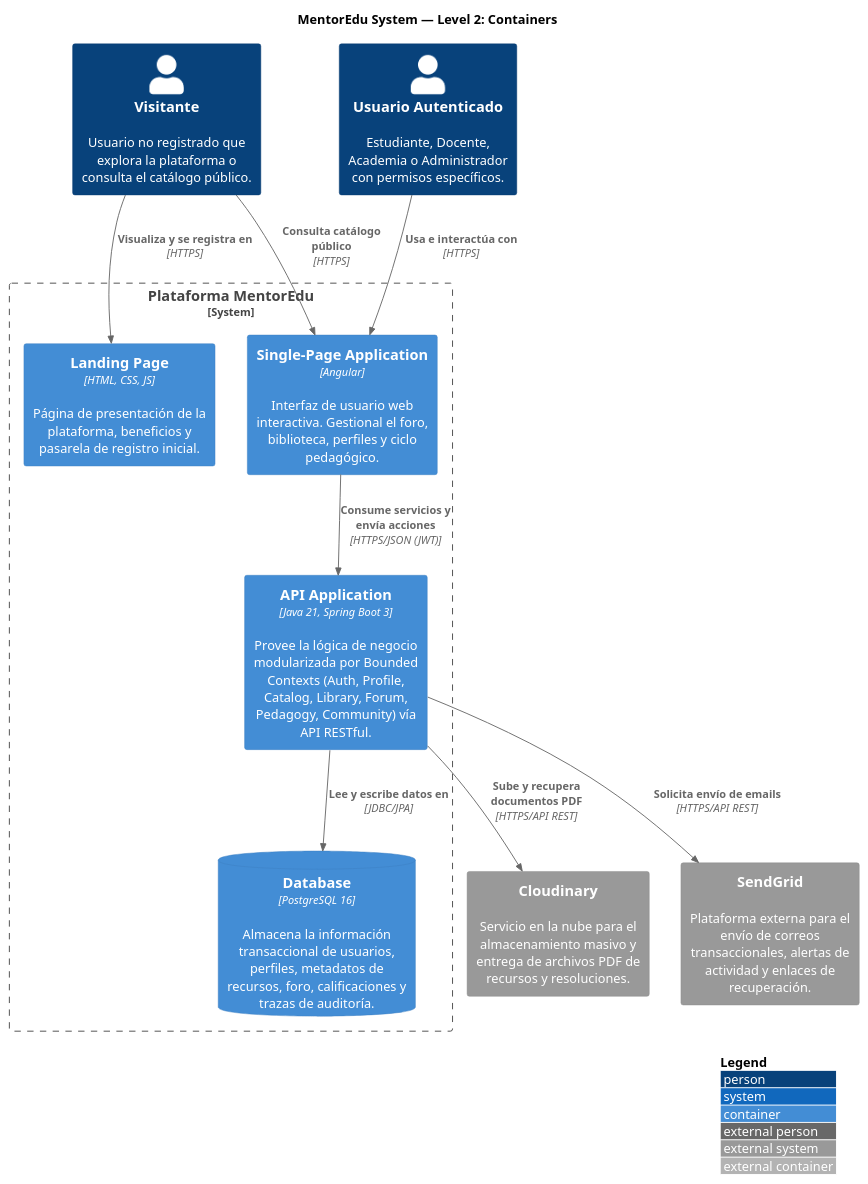
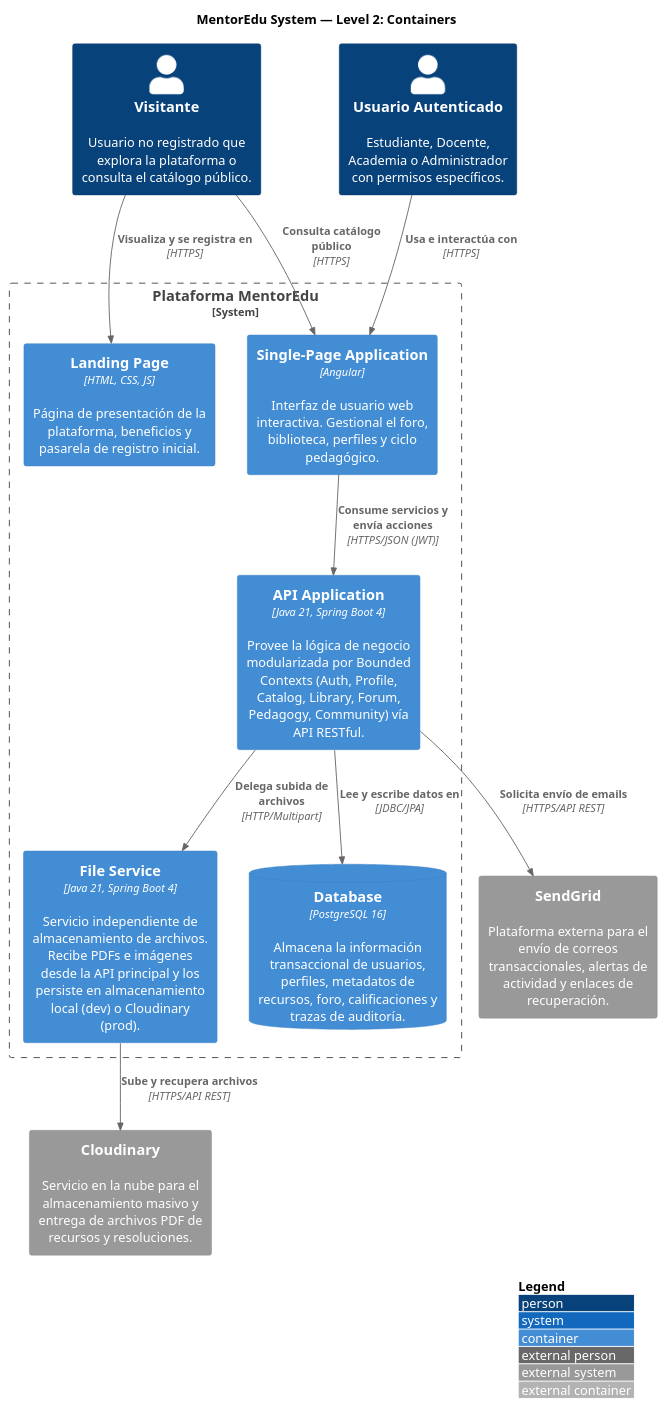
Before and after one commit to lvanCR/mentoredu-api: the diagram in docs/c4_l2_containers.puml, drawn with PlantUML. The commit also changed 25 other files, not shown here.

```diff
--- a/docs/c4_l2_containers.puml
+++ b/docs/c4_l2_containers.puml
@@ -1,41 +1,44 @@
 @startuml MentorEdu_Containers
 !include https://raw.githubusercontent.com/plantuml-stdlib/C4-PlantUML/master/C4_Container.puml
 
 LAYOUT_WITH_LEGEND()
 
 title MentorEdu System — Level 2: Containers
 
 ' === ACTORES ===
 Person(visitante, "Visitante", "Usuario no registrado que explora la plataforma o consulta el catálogo público.")
 Person(user, "Usuario Autenticado", "Estudiante, Docente, Academia o Administrador con permisos específicos.")
 
 System_Boundary(mentoredu_boundary, "Plataforma MentorEdu") {
 
     Container(landing, "Landing Page", "HTML, CSS, JS", "Página de presentación de la plataforma, beneficios y pasarela de registro inicial.")
 
     Container(spa, "Single-Page Application", "Angular", "Interfaz de usuario web interactiva. Gestional el foro, biblioteca, perfiles y ciclo pedagógico.")
 
-    Container(api, "API Application", "Java 21, Spring Boot 3", "Provee la lógica de negocio modularizada por Bounded Contexts (Auth, Profile, Catalog, Library, Forum, Pedagogy, Community) vía API RESTful.")
+    Container(api, "API Application", "Java 21, Spring Boot 4", "Provee la lógica de negocio modularizada por Bounded Contexts (Auth, Profile, Catalog, Library, Forum, Pedagogy, Community) vía API RESTful.")
+
+    Container(file_service, "File Service", "Java 21, Spring Boot 4", "Servicio independiente de almacenamiento de archivos. Recibe PDFs e imágenes desde la API principal y los persiste en almacenamiento local (dev) o Cloudinary (prod).")
 
     ContainerDb(db, "Database", "PostgreSQL 16", "Almacena la información transaccional de usuarios, perfiles, metadatos de recursos, foro, calificaciones y trazas de auditoría.")
 }
 
 ' === SISTEMAS EXTERNOS ===
 System_Ext(cloudinary, "Cloudinary", "Servicio en la nube para el almacenamiento masivo y entrega de archivos PDF de recursos y resoluciones.")
 System_Ext(sendgrid, "SendGrid",  "Plataforma externa para el envío de correos transaccionales, alertas de actividad y enlaces de recuperación.")
 
 ' === RELACIONES ===
 ' Accesos de usuarios a las interfaces
 Rel(visitante, landing, "Visualiza y se registra en", "HTTPS")
 Rel(visitante, spa, "Consulta catálogo público", "HTTPS")
 Rel(user, spa, "Usa e interactúa con", "HTTPS")
 
 ' Comunicación Front-to-Back
 Rel(spa, api, "Consume servicios y envía acciones", "HTTPS/JSON (JWT)")
 
 ' Interacciones del Backend (Lógica de Negocio)
 Rel(api, db, "Lee y escribe datos en", "JDBC/JPA")
-Rel(api, cloudinary, "Sube y recupera documentos PDF", "HTTPS/API REST")
+Rel(api, file_service, "Delega subida de archivos", "HTTP/Multipart")
+Rel(file_service, cloudinary, "Sube y recupera archivos", "HTTPS/API REST")
 Rel(api, sendgrid, "Solicita envío de emails", "HTTPS/API REST")
 
 @enduml
```
